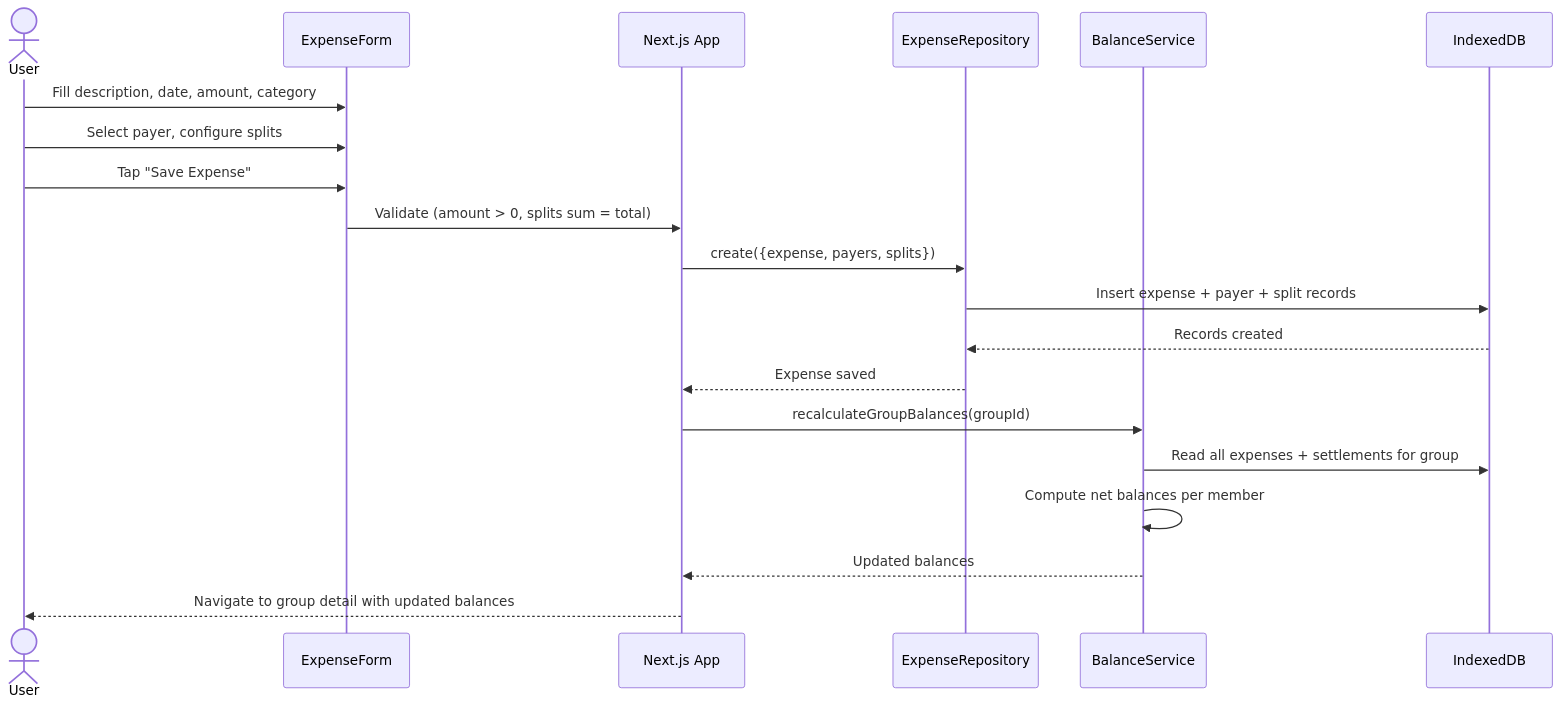
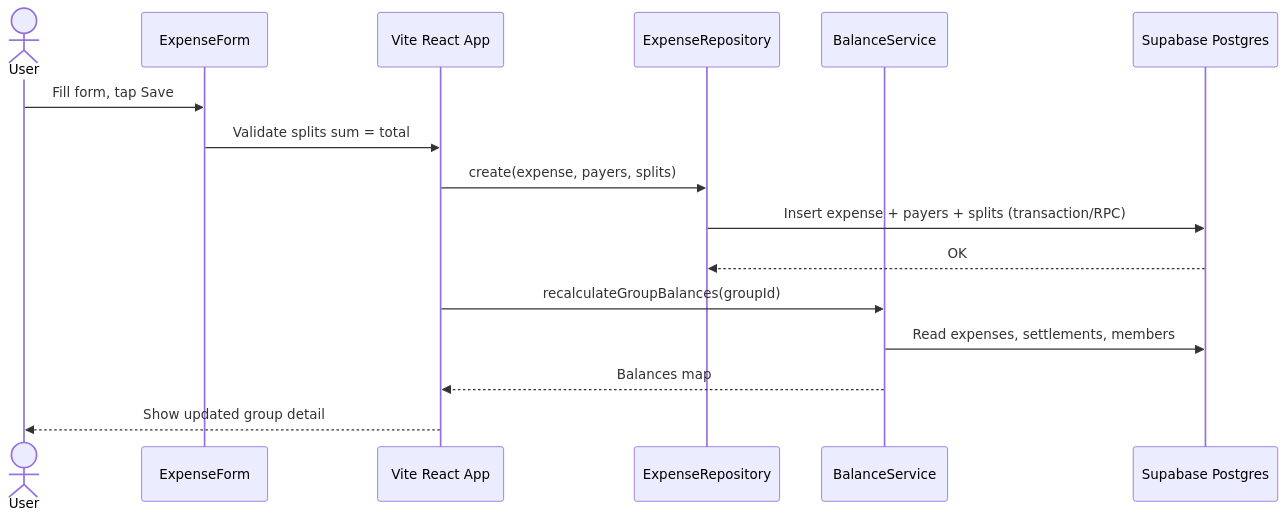
The sixth of 9 diagrams in agentdocs/design.md (pushpoth/sharesquare), drawn with Mermaid before and after one commit. The commit also changed other lines of this file and 44 other files, not shown here.

First line of the commit message:
feat: migrate from Next.js to Vite SPA (TASK-001)

````diff
--- a/agentdocs/design.md
+++ b/agentdocs/design.md
@@ -126,23 +148,19 @@
 ```mermaid
 sequenceDiagram
-    actor User
-    participant Form as ExpenseForm
-    participant App as Next.js App
-    participant ERepo as ExpenseRepository
-    participant BalSvc as BalanceService
-    participant IDB as IndexedDB
+  actor User
+  participant Form as ExpenseForm
+  participant App as Vite React App
+  participant ERepo as ExpenseRepository
+  participant BalSvc as BalanceService
+  participant SBDB as Supabase Postgres
 
-    User->>Form: Fill description, date, amount, category
-    User->>Form: Select payer, configure splits
-    User->>Form: Tap "Save Expense"
-    Form->>App: Validate (amount > 0, splits sum = total)
-    App->>ERepo: create({expense, payers, splits})
-    ERepo->>IDB: Insert expense + payer + split records
-    IDB-->>ERepo: Records created
-    ERepo-->>App: Expense saved
-    App->>BalSvc: recalculateGroupBalances(groupId)
-    BalSvc->>IDB: Read all expenses + settlements for group
-    BalSvc->>BalSvc: Compute net balances per member
-    BalSvc-->>App: Updated balances
-    App-->>User: Navigate to group detail with updated balances
+  User->>Form: Fill form, tap Save
+  Form->>App: Validate splits sum = total
+  App->>ERepo: create(expense, payers, splits)
+  ERepo->>SBDB: Insert expense + payers + splits (transaction/RPC)
+  SBDB-->>ERepo: OK
+  App->>BalSvc: recalculateGroupBalances(groupId)
+  BalSvc->>SBDB: Read expenses, settlements, members
+  BalSvc-->>App: Balances map
+  App-->>User: Show updated group detail
 ```
````
